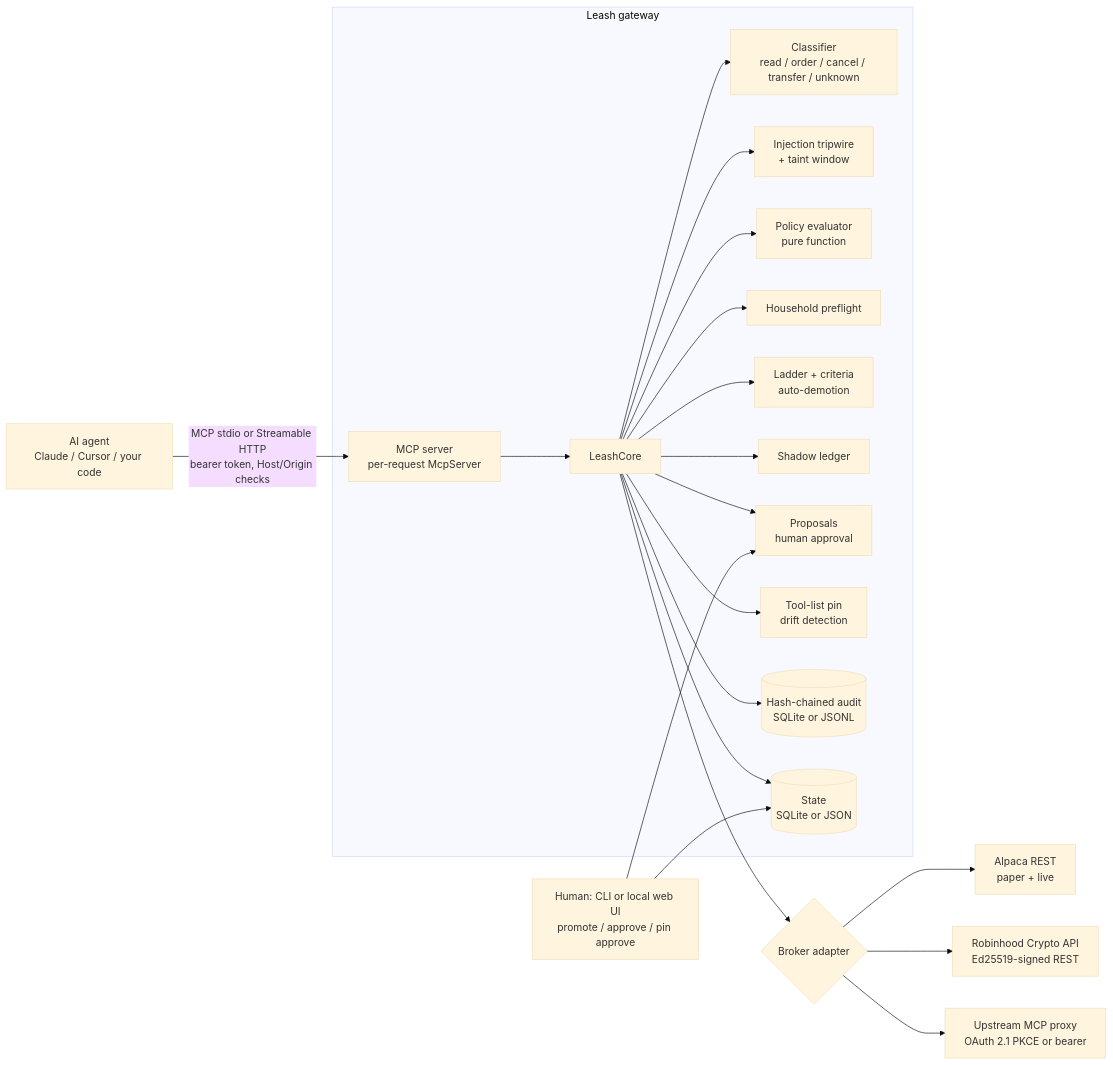
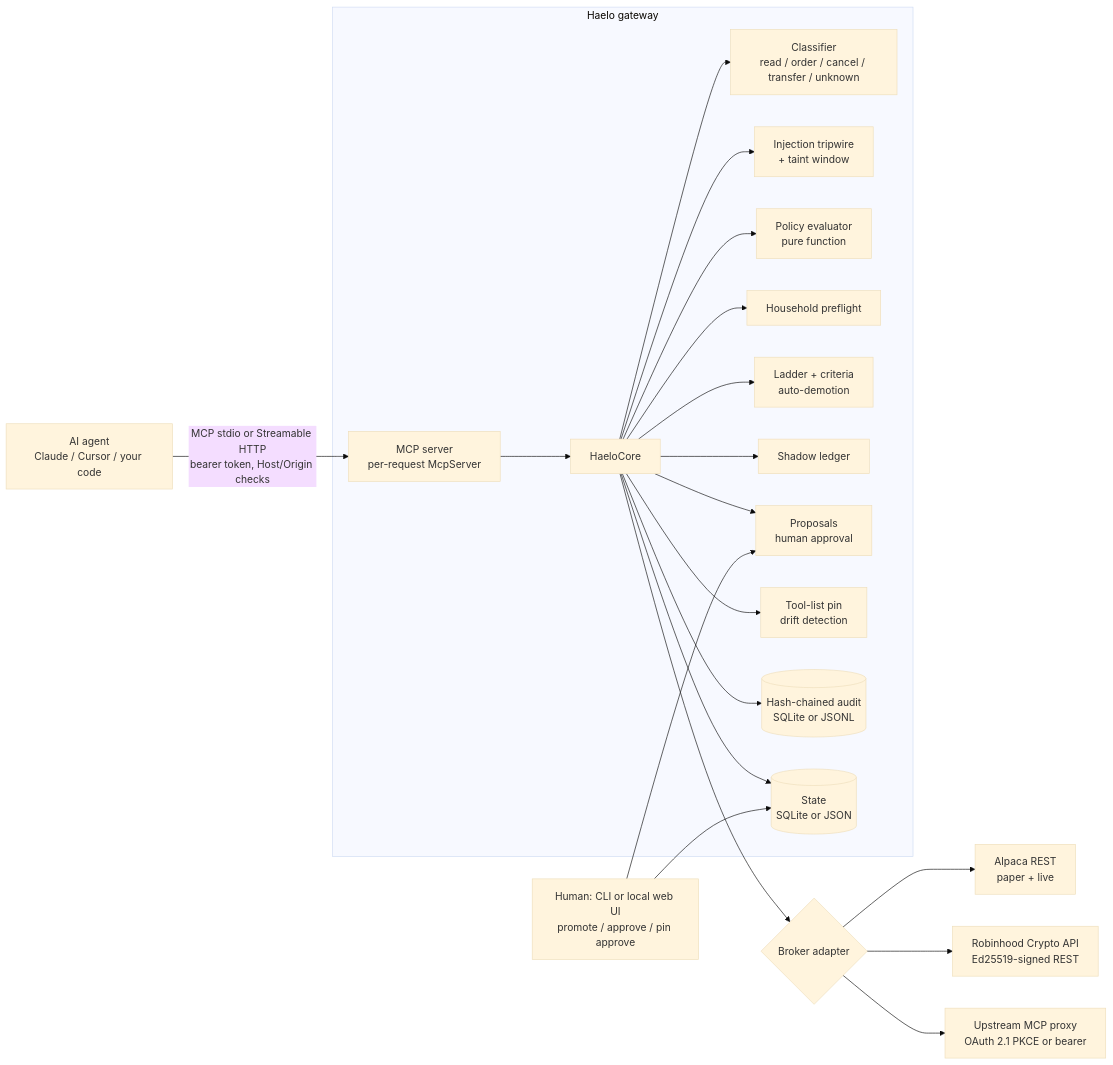
The diagram in README.md (HaeloBot/Haelo), drawn with Mermaid (base theme) before and after one commit. The commit also changed other lines of this file and 67 other files, not shown here.

Commit message:
Rename project from Leash to Haelo (package, CLI, env vars, tools, docs, examples)

````diff
--- a/README.md
+++ b/README.md
@@ -126,25 +126,25 @@
 ```mermaid
 flowchart LR
   A[AI agent<br/>Claude / Cursor / your code] -- MCP stdio or Streamable HTTP<br/>bearer token, Host/Origin checks --> G
 
-  subgraph Leash gateway
-    G[MCP server<br/>per-request McpServer] --> C[LeashCore]
+  subgraph Haelo gateway
+    G[MCP server<br/>per-request McpServer] --> C[HaeloCore]
     C --> CL[Classifier<br/>read / order / cancel / transfer / unknown]
     C --> IT[Injection tripwire<br/>+ taint window]
     C --> PE[Policy evaluator<br/>pure function]
     C --> HP[Household preflight]
     C --> LD[Ladder + criteria<br/>auto-demotion]
     C --> SH[Shadow ledger]
     C --> PR[Proposals<br/>human approval]
     C --> TP[Tool-list pin<br/>drift detection]
     C --> AU[(Hash-chained audit<br/>SQLite or JSONL)]
     C --> ST[(State<br/>SQLite or JSON)]
   end
 
   H[Human: CLI or local web UI<br/>promote / approve / pin approve] --> ST
   H --> PR
   C --> AD{Broker adapter}
   AD --> AL[Alpaca REST<br/>paper + live]
   AD --> RC[Robinhood Crypto API<br/>Ed25519-signed REST]
   AD --> MU[Upstream MCP proxy<br/>OAuth 2.1 PKCE or bearer]
 ```
````
